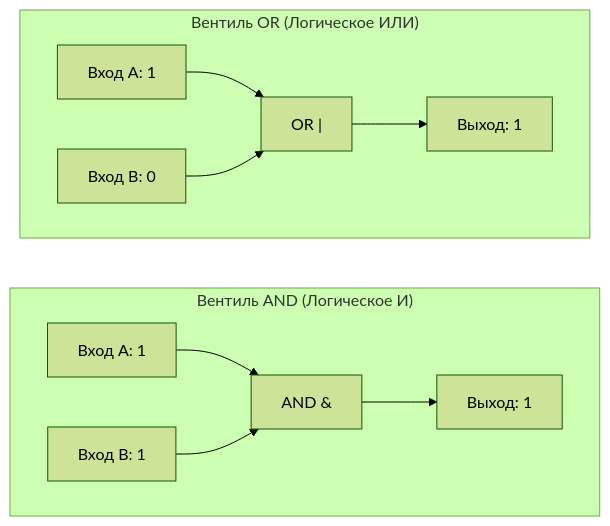
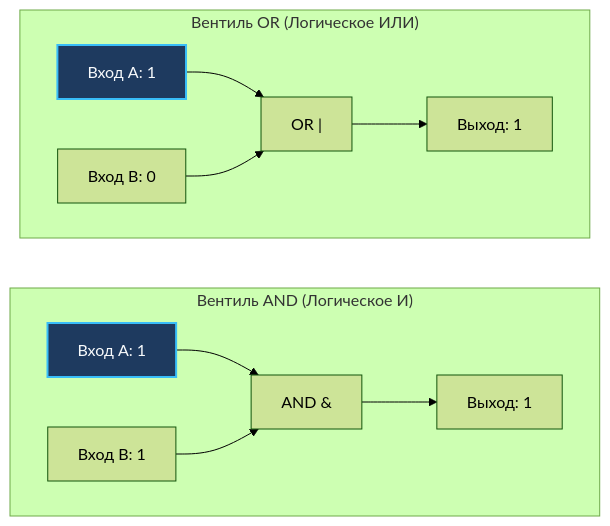
Before and after one commit to UnrealTemplier/go-textbook: the second of 2 diagrams in sources/1. Архитектура компьютера/2. Транзисторы, биты и логические вентили.md, drawn with Mermaid (forest theme). The commit also changed other lines of this file and 1666 other files, not shown here.

First line of the commit message:
feat(mermaid): add semantic color classDef to 1369 colorless flowchart/graph diagrams

````diff
--- a/sources/1. Архитектура компьютера/2. Транзисторы, биты и логические вентили.md
+++ b/sources/1. Архитектура компьютера/2. Транзисторы, биты и логические вентили.md
@@ -74,16 +84,26 @@
 ```mermaid
 flowchart LR
+    classDef process  fill:#1e293b,stroke:#38bdf8,stroke-width:1px,color:#f8fafc
+    classDef success  fill:#064e3b,stroke:#34d399,stroke-width:1px,color:#f8fafc
+    classDef error    fill:#7f1d1d,stroke:#f87171,stroke-width:1px,color:#f8fafc
+    classDef warning  fill:#78350f,stroke:#fbbf24,stroke-width:1px,color:#f8fafc
+    classDef entry    fill:#1e3a5f,stroke:#38bdf8,stroke-width:2px,color:#f8fafc
+    classDef aux      fill:#334155,stroke:#64748b,stroke-width:1px,color:#f8fafc
+    classDef system   fill:#312e81,stroke:#a78bfa,stroke-width:1px,color:#f8fafc
+    classDef data     fill:#132d29,stroke:#2dd4bf,stroke-width:1px,color:#f8fafc
+    classDef network  fill:#881337,stroke:#fb7185,stroke-width:1px,color:#f8fafc
+    classDef accent   fill:#1e1b4b,stroke:#818cf8,stroke-width:1px,color:#f8fafc
     subgraph AND_Block["Вентиль AND (Логическое И)"]
         direction LR
-        A1["Вход A: 1"] --> G_AND["AND &"]
+        A1["Вход A: 1"]:::entry --> G_AND["AND &"]
         B1["Вход B: 1"] --> G_AND
         G_AND --> OUT1["Выход: 1"]
     end
 
     subgraph OR_Block["Вентиль OR (Логическое ИЛИ)"]
         direction LR
-        A2["Вход A: 1"] --> G_OR["OR |"]
+        A2["Вход A: 1"]:::entry --> G_OR["OR |"]
         B2["Вход B: 0"] --> G_OR
         G_OR --> OUT2["Выход: 1"]
     end
 ```
````
